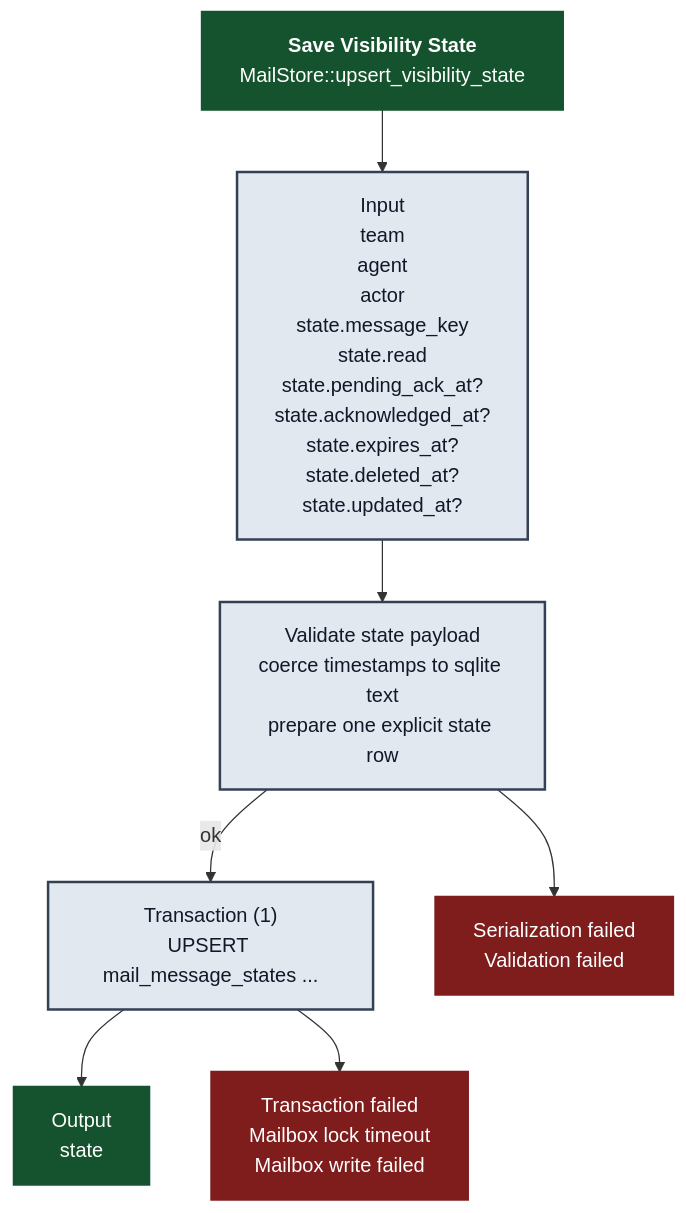
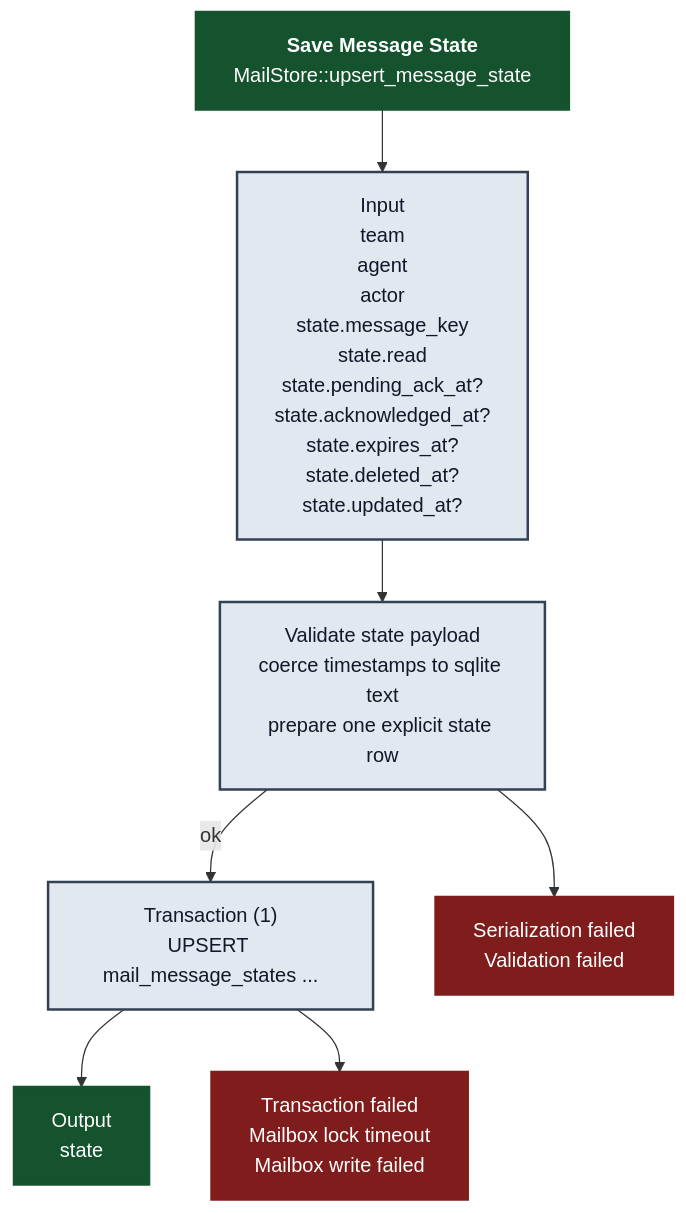
Before and after one commit to randlee/atm-core: the diagram in docs/atm-rusqlite/sql_save-visibility-state.mmd, drawn with Mermaid. The commit also changed 39 other files, not shown here.

```diff
--- a/docs/atm-rusqlite/sql_save-visibility-state.mmd
+++ b/docs/atm-rusqlite/sql_save-visibility-state.mmd
@@ -1,40 +1,40 @@
-%% title: `Save Visibility State`
-%% summary: SQLite boundary method `MailStore::upsert_visibility_state`.
+%% title: `Save Message State`
+%% summary: SQLite boundary method `MailStore::upsert_message_state`.
 %% commentary: This SQL-boundary path writes the entire mutable mailbox projection into one explicit `mail_message_states` row.
 %% read_tables:
 %% write_tables: mail_message_states
 %% notes: reads: 0 | writes: 2 | joins: 0 | transactions: 1
 %% sets: query
 flowchart TD
-    A["<b>Save Visibility State</b><br/>MailStore::upsert_visibility_state"]
+    A["<b>Save Message State</b><br/>MailStore::upsert_message_state"]
     A --> I["Input
 team
 agent
 actor
 state.message_key
 state.read
 state.pending_ack_at?
 state.acknowledged_at?
 state.expires_at?
 state.deleted_at?
 state.updated_at?"]
     I --> V["Validate state payload
 coerce timestamps to sqlite text
 prepare one explicit state row"]
     V -->|ok| T["Transaction (1)
 UPSERT mail_message_states ..."]
     T --> O["Output
 state"]
     V --> EV["Serialization failed
 Validation failed"]
     T --> ET["Transaction failed
 Mailbox lock timeout
 Mailbox write failed"]
 
     classDef happy fill:#14532d,color:#ffffff,stroke:#14532d,stroke-width:2px;
     classDef error fill:#7f1d1d,color:#ffffff,stroke:#7f1d1d,stroke-width:2px;
     classDef neutral fill:#e2e8f0,color:#111827,stroke:#334155,stroke-width:2px;
 
     class A,O happy;
     class EV,ET error;
     class I,V,T neutral;
```
